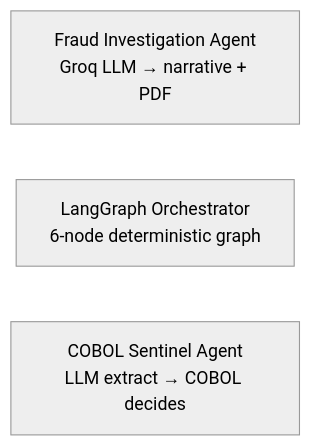
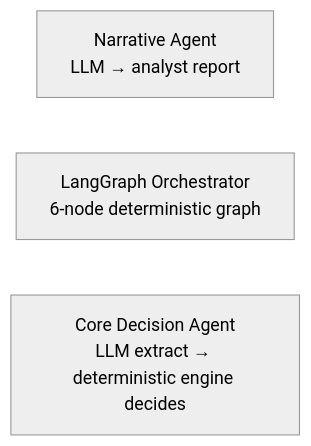
One commit to krishnakoushik9/Garuda-Sentinel---Abuse-Ring-Fraud-Spike-Detector changed the second of 2 diagrams in README.md. Above: the diagram before and after it, drawn with Mermaid (neutral theme). The commit also changed other lines of this file, not shown here.

````diff
--- a/README.md
+++ b/README.md
@@ -135,6 +146,6 @@
 ```mermaid
 graph LR
-    A1["Fraud Investigation Agent<br/>Groq LLM → narrative + PDF"]
+    A1["Narrative Agent<br/>LLM → analyst report"]
     A2["LangGraph Orchestrator<br/>6-node deterministic graph"]
-    A3["COBOL Sentinel Agent<br/>LLM extract → COBOL decides"]
+    A3["Core Decision Agent<br/>LLM extract → deterministic engine decides"]
 ```
````
